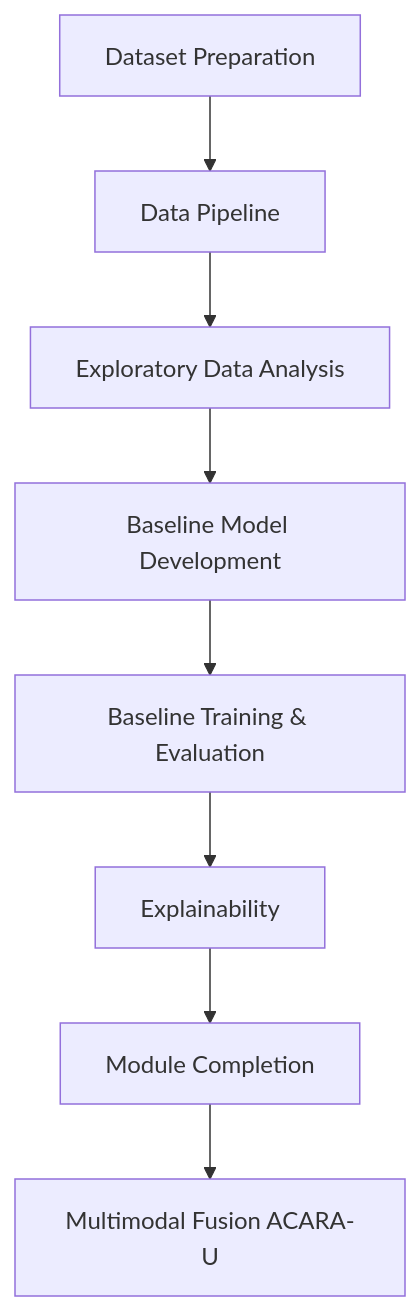
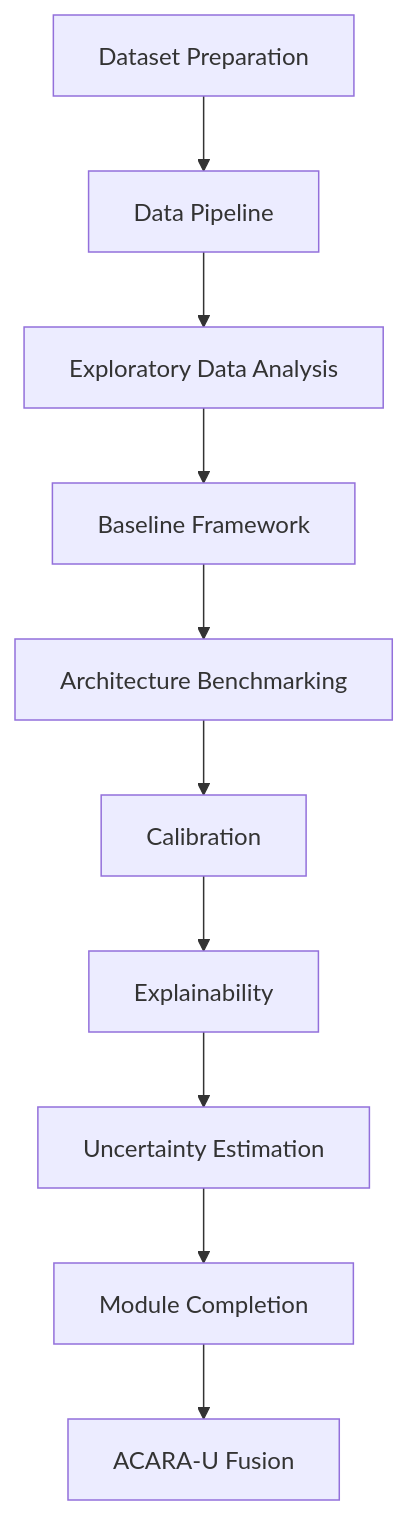
The diagram in docs/methodology.md (Dr-Venom29/FusionMedAI), drawn with Mermaid before and after one commit. The commit also changed other lines of this file and 58 other files, not shown here.

````diff
--- a/docs/methodology.md
+++ b/docs/methodology.md
@@ -15,11 +15,13 @@
 ```mermaid
 flowchart TD
     DatasetPrep[Dataset Preparation]
     --> DataPipeline[Data Pipeline]
     --> EDA[Exploratory Data Analysis]
-    --> BaselineModel[Baseline Model Development]
-    --> BaselineTraining[Baseline Training & Evaluation]
+    --> BaselineFramework[Baseline Framework]
+    --> ArchitectureBenchmarking[Architecture Benchmarking]
+    --> Calibration
     --> Explainability
+    --> UncertaintyEstimation[Uncertainty Estimation]
     --> ModuleCompletion[Module Completion]
-    --> MultimodalFusion[Multimodal Fusion ACARA-U]
+    --> MultimodalFusion[ACARA-U Fusion]
 ```
````
